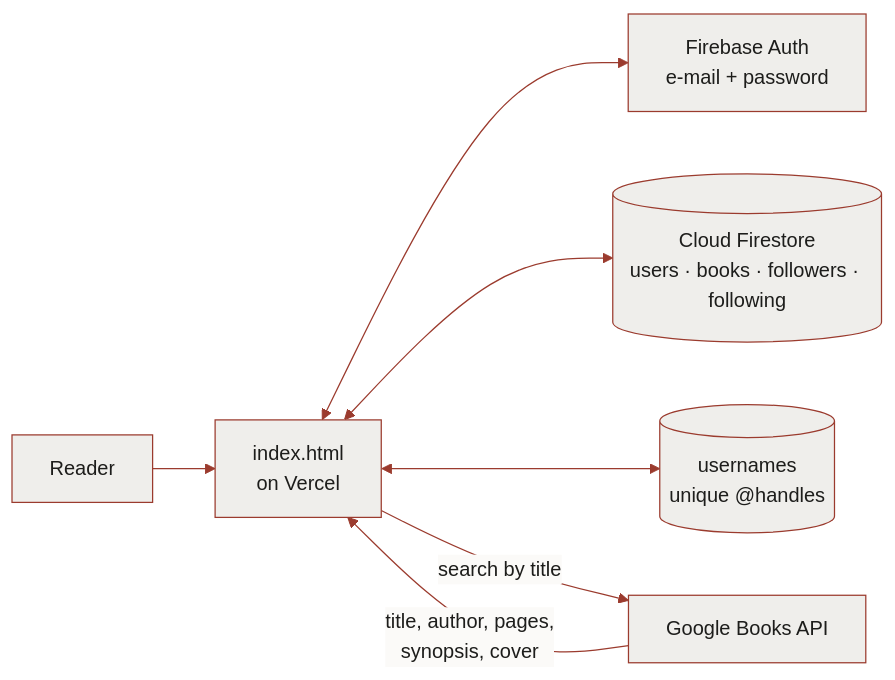
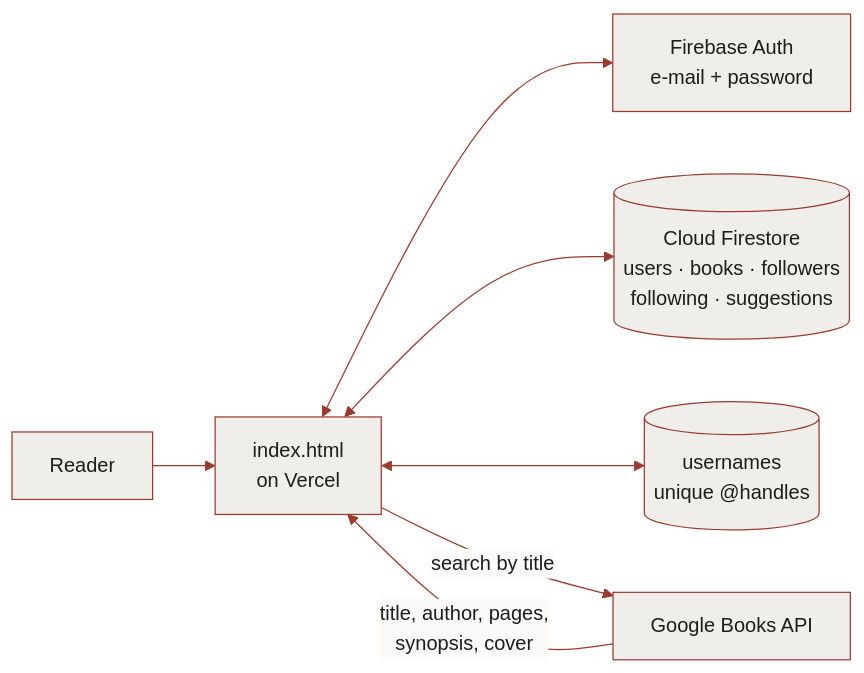
Before and after one commit to amandapasqualotto/minhabiblioteca: the first of 2 diagrams in README.md, drawn with Mermaid. The commit also changed other lines of this file and 2 other files, not shown here.

````diff
--- a/README.md
+++ b/README.md
@@ -149,10 +150,10 @@
 ```mermaid
 %%{init: {'theme':'base','themeVariables':{'primaryColor':'#EFEEEB','primaryBorderColor':'#9B3B2E','primaryTextColor':'#1D1D1B','lineColor':'#9B3B2E','edgeLabelBackground':'#FBFAF8','fontFamily':'Fira Code'}}}%%
 flowchart LR
     U["Reader"] --> APP["index.html<br/>on Vercel"]
     APP <--> AUTH["Firebase Auth<br/>e-mail + password"]
-    APP <--> FS[("Cloud Firestore<br/>users · books · followers · following")]
+    APP <--> FS[("Cloud Firestore<br/>users · books · followers<br/>following · suggestions")]
     APP <--> UN[("usernames<br/>unique @handles")]
     APP -->|"search by title"| GB["Google Books API"]
     GB -->|"title, author, pages,<br/>synopsis, cover"| APP
 ```
````
